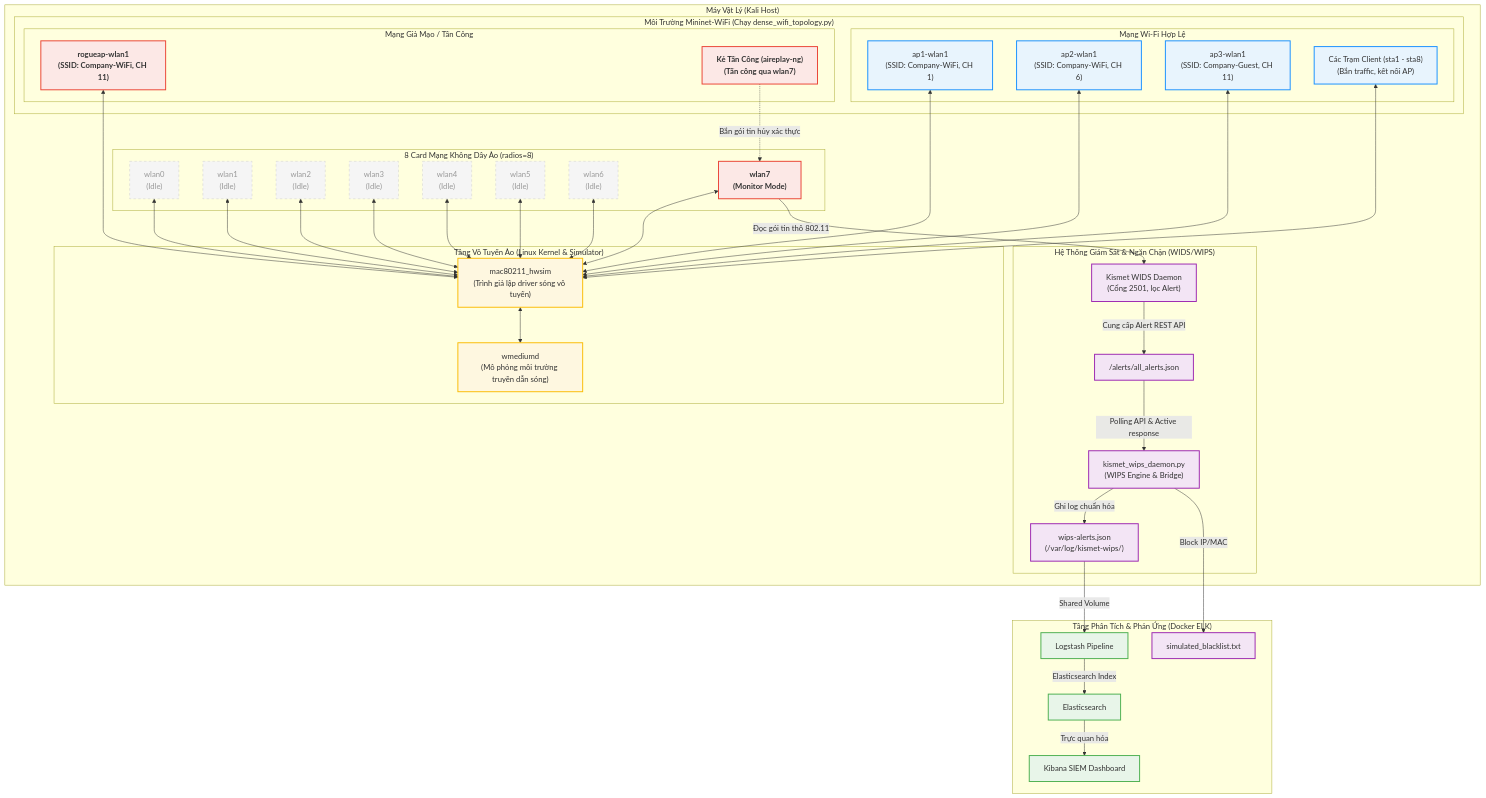
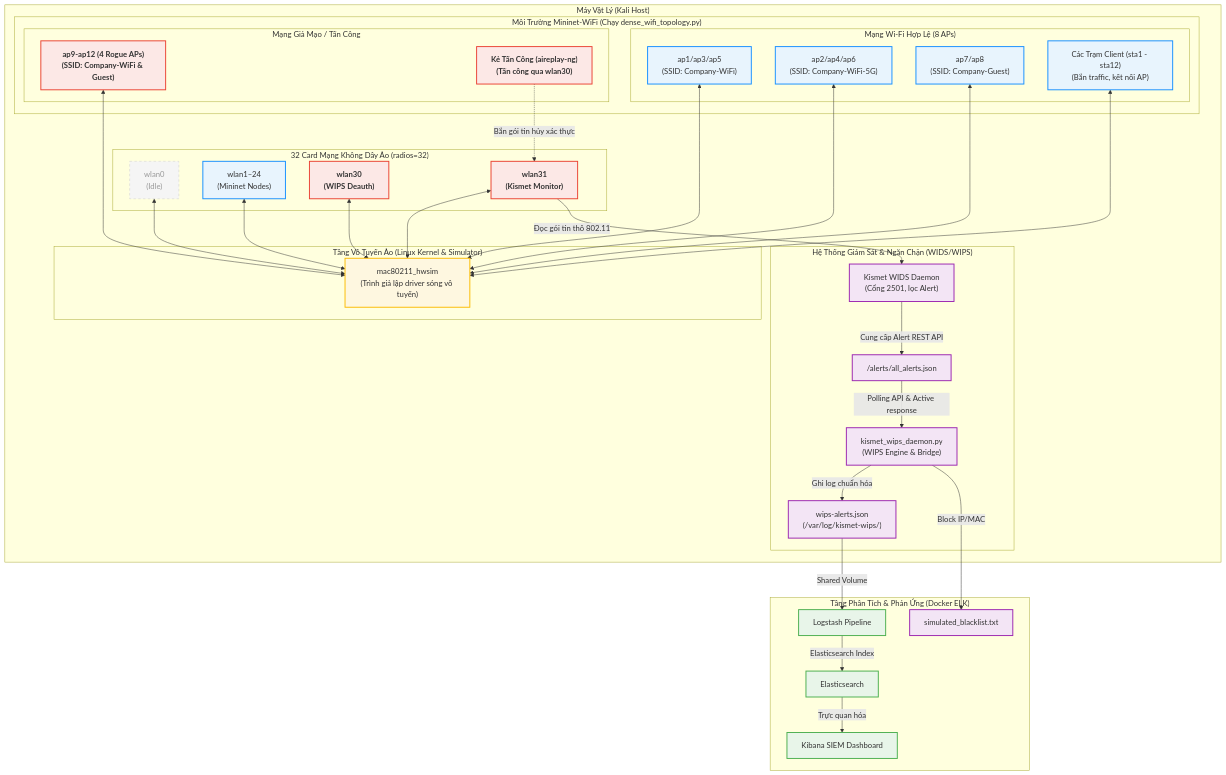
Before and after one commit to ph4n10m1808/wireless-mobile-network-security-project: the diagram in kismet_wids_integration_guide.md, drawn with Mermaid. The commit also changed other lines of this file and 5 other files, not shown here.

````diff
--- a/kismet_wids_integration_guide.md
+++ b/kismet_wids_integration_guide.md
@@ -28,75 +28,65 @@
 ```mermaid
 graph TD
     %% Styling
     classDef idle fill:#f5f5f5,stroke:#ccc,stroke-dasharray: 5 5,color:#999;
     classDef active fill:#e8f4fd,stroke:#1890ff,stroke-width:2px;
     classDef monitor fill:#fce8e6,stroke:#ea4335,stroke-width:2px,font-weight:bold;
     classDef core fill:#fef7e0,stroke:#fbbc04,stroke-width:2px;
     classDef wids fill:#f3e5f5,stroke:#9c27b0,stroke-width:2px;
     classDef siem fill:#e8f5e9,stroke:#4caf50,stroke-width:2px;
 
     subgraph Host ["Máy Vật Lý (Kali Host)"]
         subgraph Driver ["Tầng Vô Tuyến Ảo (Linux Kernel & Simulator)"]
             HWSIM["mac80211_hwsim<br>(Trình giả lập driver sóng vô tuyến)"]:::core
-            WMED["wmediumd<br>(Mô phỏng môi trường truyền dẫn sóng)"]:::core
-            HWSIM <--> WMED
         end
 
-        subgraph Radios ["8 Card Mạng Không Dây Ảo (radios=8)"]
+        subgraph Radios ["32 Card Mạng Không Dây Ảo (radios=32)"]
             w0["wlan0<br>(Idle)"]:::idle
-            w1["wlan1<br>(Idle)"]:::idle
-            w2["wlan2<br>(Idle)"]:::idle
-            w3["wlan3<br>(Idle)"]:::idle
-            w4["wlan4<br>(Idle)"]:::idle
-            w5["wlan5<br>(Idle)"]:::idle
-            w6["wlan6<br>(Idle)"]:::idle
-            w7["wlan7<br>(Monitor Mode)"]:::monitor
+            w1["wlan1–24<br>(Mininet Nodes)"]:::active
+            w30["wlan30<br>(WIPS Deauth)"]:::monitor
+            w31["wlan31<br>(Kismet Monitor)"]:::monitor
         end
 
         %% Connections to Virtual Air
         w0 <--> HWSIM
         w1 <--> HWSIM
-        w2 <--> HWSIM
-        w3 <--> HWSIM
-        w4 <--> HWSIM
-        w5 <--> HWSIM
-        w6 <--> HWSIM
-        w7 <--> HWSIM
+        w30 <--> HWSIM
+        w31 <--> HWSIM
 
         subgraph MN ["Môi Trường Mininet-WiFi (Chạy dense_wifi_topology.py)"]
-            subgraph Legit ["Mạng Wi-Fi Hợp Lệ"]
-                ap1["ap1-wlan1<br>(SSID: Company-WiFi, CH 1)"]:::active
-                ap2["ap2-wlan1<br>(SSID: Company-WiFi, CH 6)"]:::active
-                ap3["ap3-wlan1<br>(SSID: Company-Guest, CH 11)"]:::active
-                STAs["Các Trạm Client (sta1 - sta8)<br>(Bắn traffic, kết nối AP)"]:::active
+            subgraph Legit ["Mạng Wi-Fi Hợp Lệ (8 APs)"]
+                ap1["ap1/ap3/ap5<br>(SSID: Company-WiFi)"]:::active
+                ap2["ap2/ap4/ap6<br>(SSID: Company-WiFi-5G)"]:::active
+                ap3["ap7/ap8<br>(SSID: Company-Guest)"]:::active
+                STAs["Các Trạm Client (sta1 - sta12)<br>(Bắn traffic, kết nối AP)"]:::active
             end
 
             subgraph Rogue ["Mạng Giả Mạo / Tấn Công"]
-                rap["rogueap-wlan1<br>(SSID: Company-WiFi, CH 11)"]:::monitor
-                atk["Kẻ Tấn Công (aireplay-ng)<br>(Tấn công qua wlan7)"]:::monitor
+                rap["ap9-ap12 (4 Rogue APs)<br>(SSID: Company-WiFi & Guest)"]:::monitor
+                atk["Kẻ Tấn Công (aireplay-ng)<br>(Tấn công qua wlan30)"]:::monitor
             end
 
             ap1 <--> HWSIM
             ap2 <--> HWSIM
             ap3 <--> HWSIM
             STAs <--> HWSIM
             rap <--> HWSIM
-            atk -.->|Bắn gói tin hủy xác thực| w7
+            atk -.->|Bắn gói tin hủy xác thực| w31
         end
 
         subgraph WIDS ["Hệ Thống Giám Sát & Ngăn Chặn (WIDS/WIPS)"]
-            w7 -->|Đọc gói tin thô 802.11| K["Kismet WIDS Daemon<br>(Cổng 2501, lọc Alert)"]:::wids
+            w31 -->|Đọc gói tin thô 802.11| K["Kismet WIDS Daemon<br>(Cổng 2501, lọc Alert)"]:::wids
             K -->|Cung cấp Alert REST API| KA["/alerts/all_alerts.json"]:::wids
             KA -->|Polling API & Active response| AR["kismet_wips_daemon.py<br>(WIPS Engine & Bridge)"]:::wids
             AR -->|Ghi log chuẩn hóa| L["wips-alerts.json<br>(/var/log/kismet-wips/)"]:::wids
         end
     end
 
     subgraph SIEM ["Tầng Phân Tích & Phản Ứng (Docker ELK)"]
         L -->|Shared Volume| LS["Logstash Pipeline"]:::siem
         LS -->|Elasticsearch Index| ES["Elasticsearch"]:::siem
         ES -->|Trực quan hóa| KB["Kibana SIEM Dashboard"]:::siem
         
         AR -->|Block IP/MAC| BL["simulated_blacklist.txt"]:::wids
     end
 ```
````
